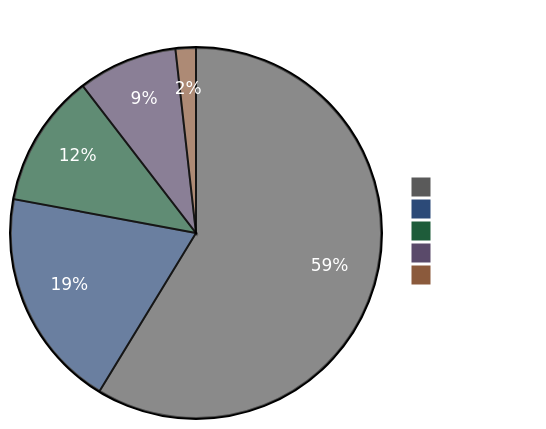
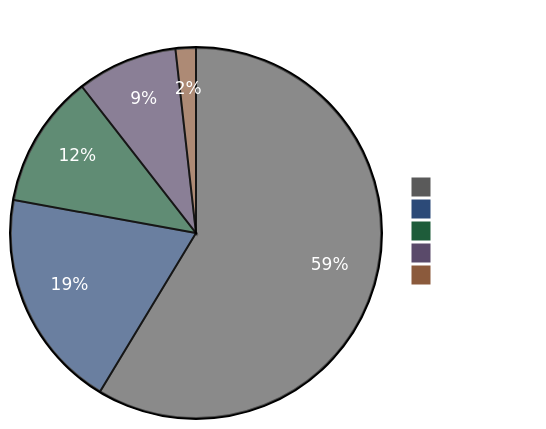
One commit to ShawnBIT/reco-arxiv-daily changed the diagram in README.md. Above: the diagram before and after it, drawn with Mermaid. The commit also changed other lines of this file and 5 other files, not shown here.

````diff
--- a/README.md
+++ b/README.md
@@ -6,19 +6,19 @@
 ```mermaid
 %%{init: {'theme':'base', 'themeVariables': {
   'pie1':'#5a5a5a',
   'pie2':'#2c4a78',
   'pie3':'#1e5c3a',
   'pie4':'#5a4a6a',
   'pie5':'#8b5a3c',
   'pieTitleTextColor':'#ffffff',
   'pieSectionTextColor':'#ffffff',
   'pieLegendTextColor':'#ffffff'
 }}}%%
 pie showData
 title Paper Distribution by Tag
   "Other" : 596
   "LLM" : 195
   "GR" : 118
-  "Seq" : 88
+  "Seq" : 89
   "Scaling" : 18
 ```
````
